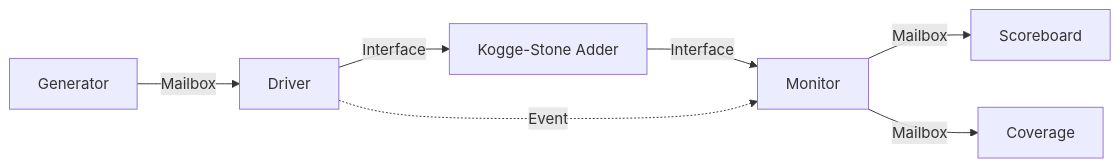
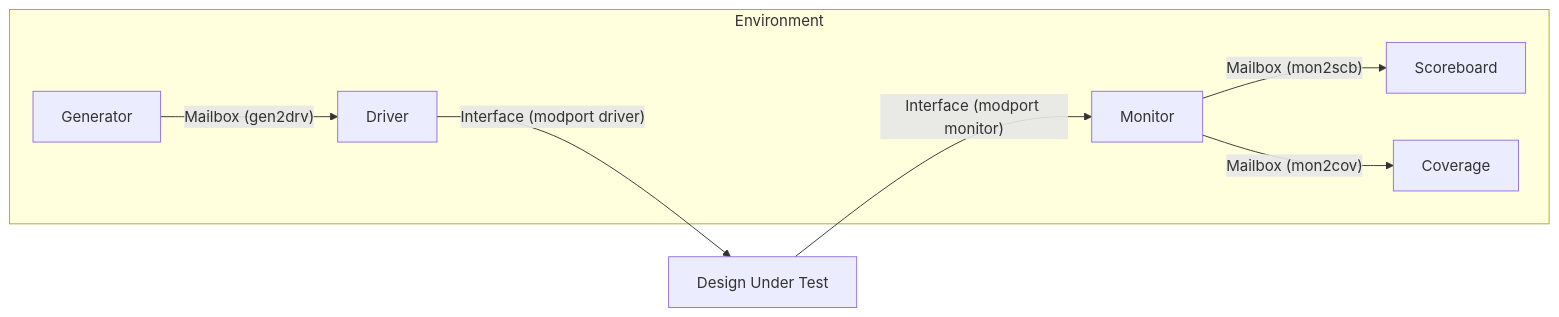
One commit to Itachi3627/SystemVerilog-Kogge-Stone-Adder changed the diagram in README.md. Above: the diagram before and after it, drawn with Mermaid. The commit also changed other lines of this file, not shown here.

````diff
--- a/README.md
+++ b/README.md
@@ -49,9 +17,16 @@
 ```mermaid
 graph LR
-    GEN[Generator] -- Mailbox --> DRV[Driver]
-    DRV -- Interface --> DUT[Kogge-Stone Adder]
-    DUT -- Interface --> MON[Monitor]
-    MON -- Mailbox --> SCB[Scoreboard]
-    MON -- Mailbox --> COV[Coverage]
-    DRV -. Event .-> MON
+    GEN[Generator] -- "Mailbox (gen2drv)" --> DRV[Driver]
+    DRV -- "Interface (modport driver)" --> DUT[Design Under Test]
+    DUT -- "Interface (modport monitor)" --> MON[Monitor]
+    MON -- "Mailbox (mon2scb)" --> SCB[Scoreboard]
+    MON -- "Mailbox (mon2cov)" --> COV[Coverage]
+    
+    subgraph Environment
+        GEN
+        DRV
+        MON
+        SCB
+        COV
+    end
 ```
````
